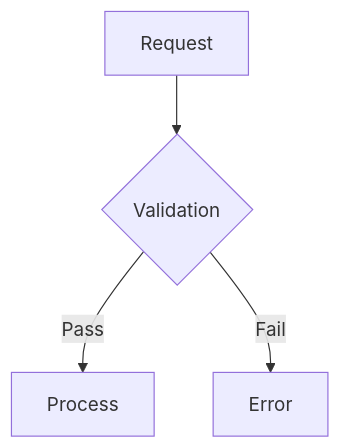
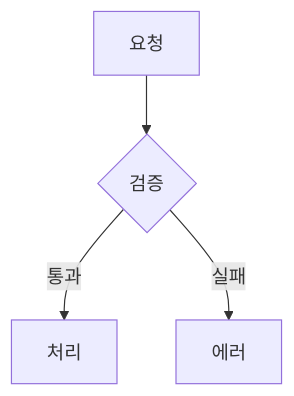
Before and after one commit to warqun/AIMindVaults-EN: the first of 3 diagrams in Vaults/BasicVaults/AIHubVault/.sync/_Standards/Core/Plugins/RENDERING_SKILL_DRILLS.md, drawn with Mermaid. The commit also changed other lines of this file and 222 other files, not shown here.

````diff
--- a/Vaults/BasicVaults/AIHubVault/.sync/_Standards/Core/Plugins/RENDERING_SKILL_DRILLS.md
+++ b/Vaults/BasicVaults/AIHubVault/.sync/_Standards/Core/Plugins/RENDERING_SKILL_DRILLS.md
@@ -26,6 +26,6 @@
 ```mermaid
 flowchart TD
-  A[Request] --> B{Validation}
-  B -->|Pass| C[Process]
-  B -->|Fail| D[Error]
+  A[요청] --> B{검증}
+  B -->|통과| C[처리]
+  B -->|실패| D[에러]
 ```
````
